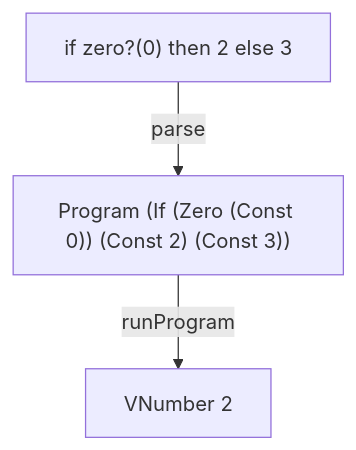
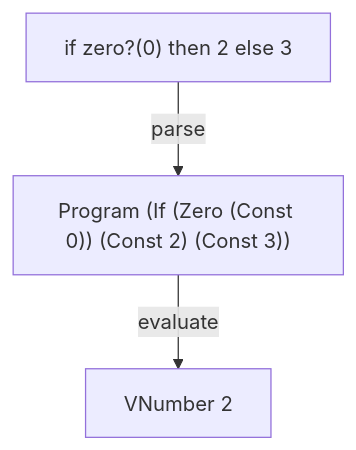
One commit to tinyinterpreters/if changed the diagram in README.md. Above: the diagram before and after it, drawn with Mermaid. The commit also changed other lines of this file, not shown here.

Commit message:
Make a few more edits to the README for consistency

````diff
--- a/README.md
+++ b/README.md
@@ -9,5 +9,5 @@
 ```mermaid
 flowchart TD
     A["if zero?(0) then 2 else 3"] -->|parse| B["Program (If (Zero (Const 0)) (Const 2) (Const 3))"]
-    B -->|runProgram| C["VNumber 2"]
+    B -->|evaluate| C["VNumber 2"]
 ```
````
